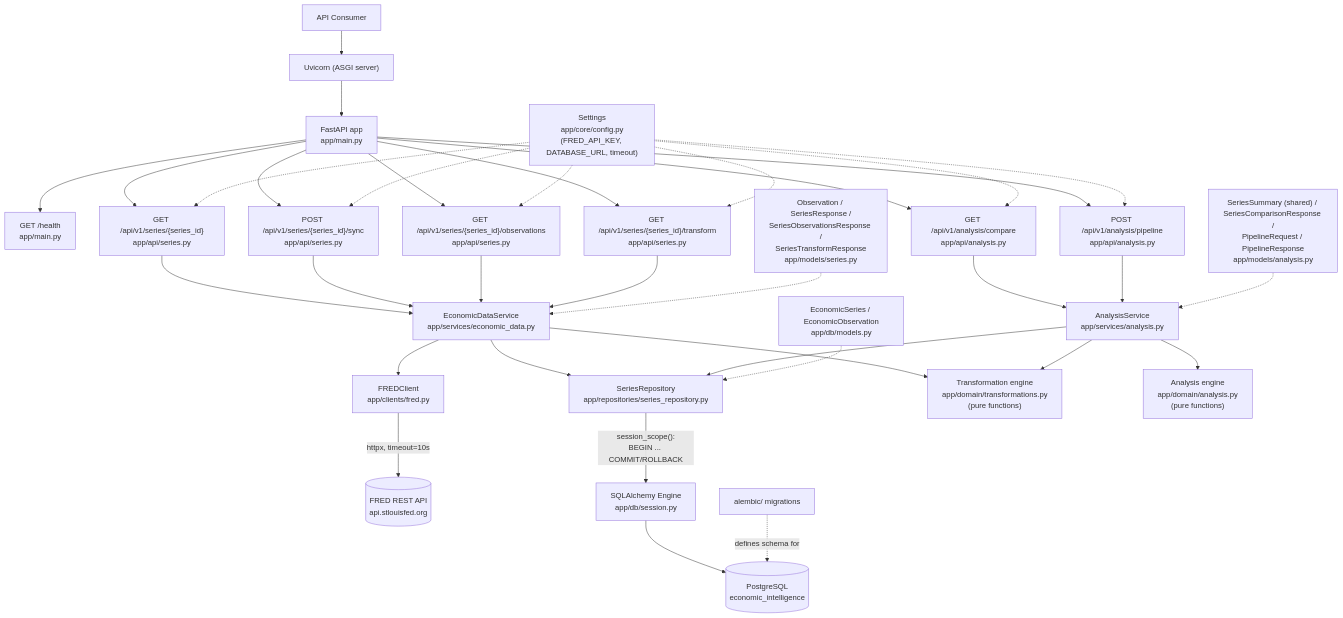
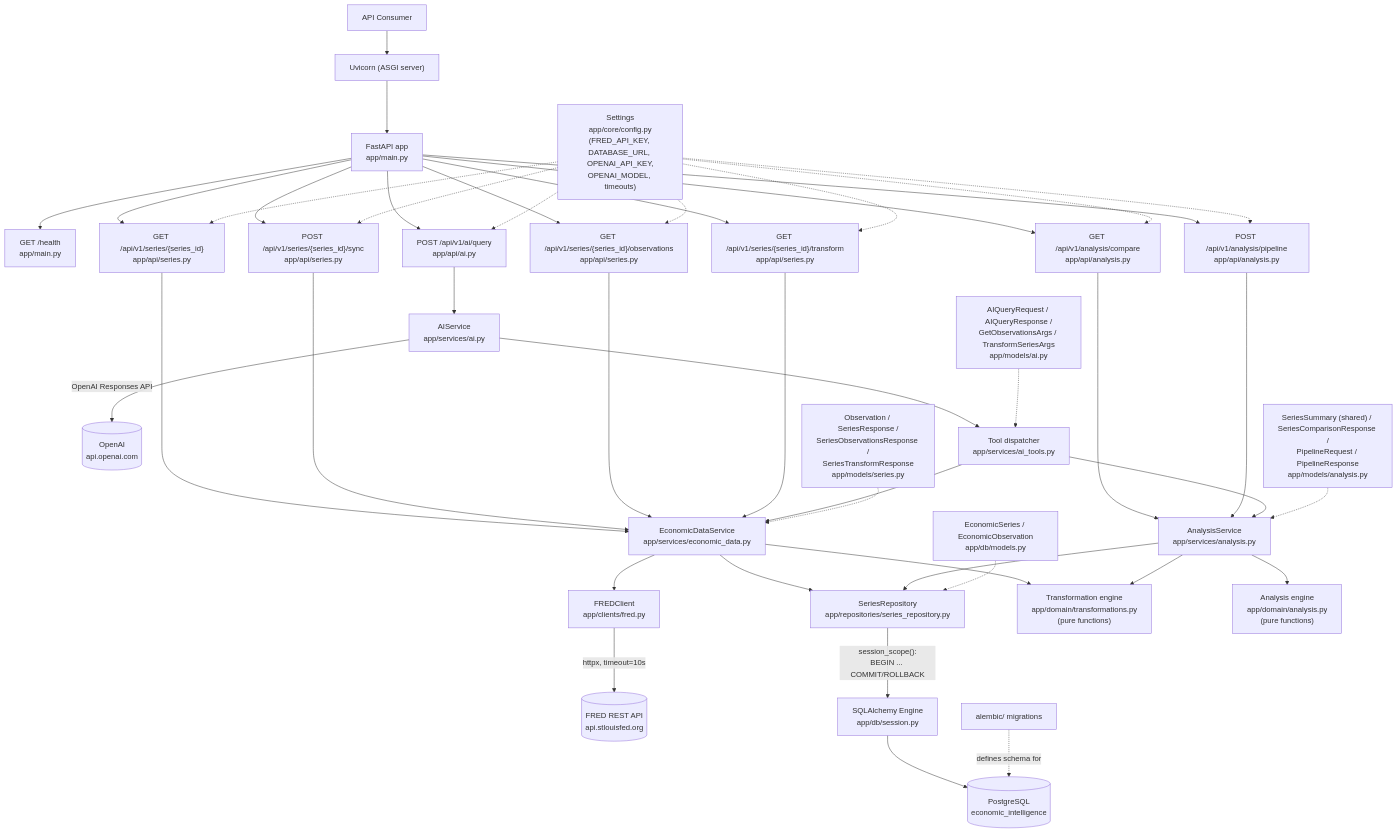
One commit to JerrodMcHenry/economic-intelligence changed the diagram in docs/architecture/current-architecture.md. Above: the diagram before and after it, drawn with Mermaid. The commit also changed other lines of this file and 12 other files, not shown here.

````diff
--- a/docs/architecture/current-architecture.md
+++ b/docs/architecture/current-architecture.md
@@ -30,42 +33,51 @@
 ```mermaid
 graph TD
     Consumer["API Consumer"] --> Uvicorn["Uvicorn (ASGI server)"]
     Uvicorn --> App["FastAPI app<br/>app/main.py"]
 
     App --> Health["GET /health<br/>app/main.py"]
     App --> GetRoute["GET /api/v1/series/{series_id}<br/>app/api/series.py"]
     App --> SyncRoute["POST /api/v1/series/{series_id}/sync<br/>app/api/series.py"]
     App --> ObsRoute["GET /api/v1/series/{series_id}/observations<br/>app/api/series.py"]
     App --> TransformRoute["GET /api/v1/series/{series_id}/transform<br/>app/api/series.py"]
     App --> CompareRoute["GET /api/v1/analysis/compare<br/>app/api/analysis.py"]
     App --> PipelineRoute["POST /api/v1/analysis/pipeline<br/>app/api/analysis.py"]
+    App --> AIRoute["POST /api/v1/ai/query<br/>app/api/ai.py"]
 
     GetRoute --> Service["EconomicDataService<br/>app/services/economic_data.py"]
     SyncRoute --> Service
     ObsRoute --> Service
     TransformRoute --> Service
     CompareRoute --> AnalysisSvc["AnalysisService<br/>app/services/analysis.py"]
     PipelineRoute --> AnalysisSvc
+    AIRoute --> AISvc["AIService<br/>app/services/ai.py"]
 
     Service --> Client["FREDClient<br/>app/clients/fred.py"]
     Service --> Repo["SeriesRepository<br/>app/repositories/series_repository.py"]
     Service --> Engine["Transformation engine<br/>app/domain/transformations.py<br/>(pure functions)"]
     AnalysisSvc --> Repo
     AnalysisSvc --> Engine
     AnalysisSvc --> AnalysisEngine["Analysis engine<br/>app/domain/analysis.py<br/>(pure functions)"]
 
+    AISvc -->|"OpenAI Responses API"| OpenAI[("OpenAI<br/>api.openai.com")]
+    AISvc --> ToolDispatch["Tool dispatcher<br/>app/services/ai_tools.py"]
+    ToolDispatch --> Service
+    ToolDispatch --> AnalysisSvc
+
     Client -->|"httpx, timeout=10s"| FRED[("FRED REST API<br/>api.stlouisfed.org")]
     Repo -->|"session_scope():<br/>BEGIN ... COMMIT/ROLLBACK"| Orm["SQLAlchemy Engine<br/>app/db/session.py"]
     Orm --> PG[("PostgreSQL<br/>economic_intelligence")]
 
-    Config["Settings<br/>app/core/config.py<br/>(FRED_API_KEY, DATABASE_URL, timeout)"] -.-> GetRoute
+    Config["Settings<br/>app/core/config.py<br/>(FRED_API_KEY, DATABASE_URL, OPENAI_API_KEY,<br/>OPENAI_MODEL, timeouts)"] -.-> GetRoute
     Config -.-> SyncRoute
     Config -.-> ObsRoute
     Config -.-> TransformRoute
     Config -.-> CompareRoute
     Config -.-> PipelineRoute
+    Config -.-> AIRoute
     Models["Observation / SeriesResponse /<br/>SeriesObservationsResponse /<br/>SeriesTransformResponse<br/>app/models/series.py"] -.-> Service
     AnalysisModels["SeriesSummary (shared) / SeriesComparisonResponse /<br/>PipelineRequest / PipelineResponse<br/>app/models/analysis.py"] -.-> AnalysisSvc
+    AIModels["AIQueryRequest / AIQueryResponse /<br/>GetObservationsArgs / TransformSeriesArgs<br/>app/models/ai.py"] -.-> ToolDispatch
     OrmModels["EconomicSeries / EconomicObservation<br/>app/db/models.py"] -.-> Repo
     Alembic["alembic/ migrations"] -.->|"defines schema for"| PG
 ```
````
